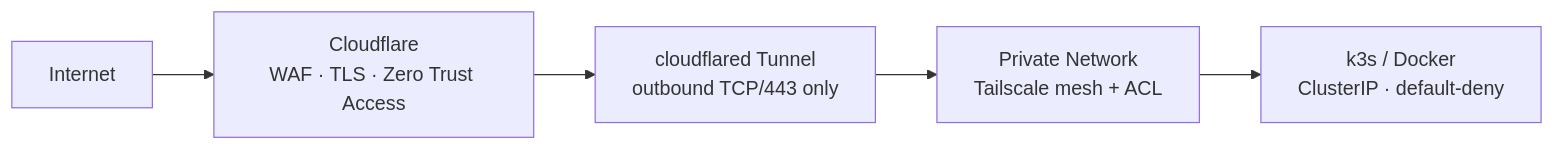
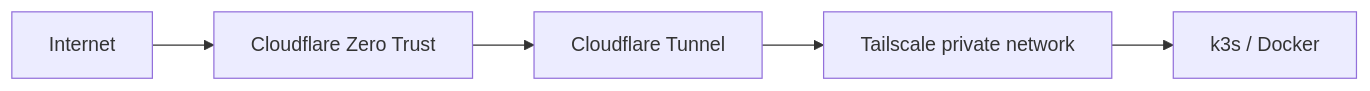
The first of 2 diagrams in README.md (Kikyo987/zero-trust-edge), drawn with Mermaid before and after one commit. The commit also changed other lines of this file, not shown here.

````diff
--- a/README.md
+++ b/README.md
@@ -21,7 +28,7 @@
 ```mermaid
 flowchart LR
-  Internet["Internet"] --> Cloudflare["Cloudflare<br/>WAF · TLS · Zero Trust Access"]
-  Cloudflare --> Tunnel["cloudflared Tunnel<br/>outbound TCP/443 only"]
-  Tunnel --> Private["Private Network<br/>Tailscale mesh + ACL"]
-  Private --> Workloads["k3s / Docker<br/>ClusterIP · default-deny"]
+  A[Internet] --> B[Cloudflare Zero Trust]
+  B --> C[Cloudflare Tunnel]
+  C --> D[Tailscale private network]
+  D --> E[k3s / Docker]
 ```
````
